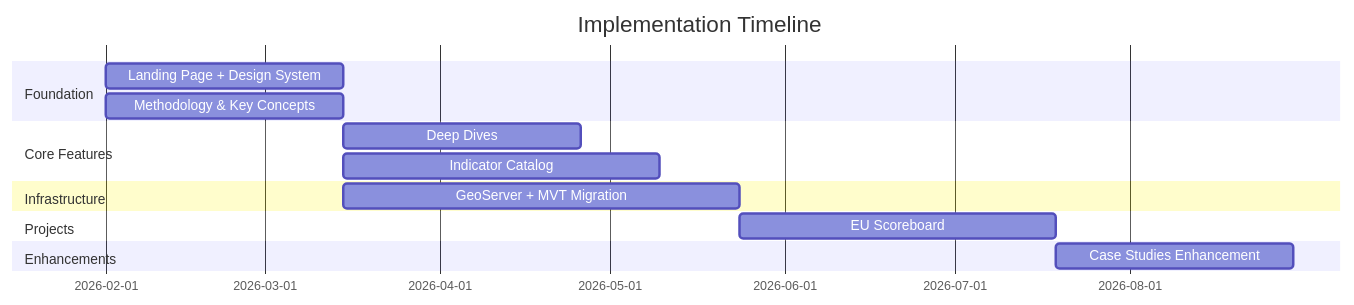
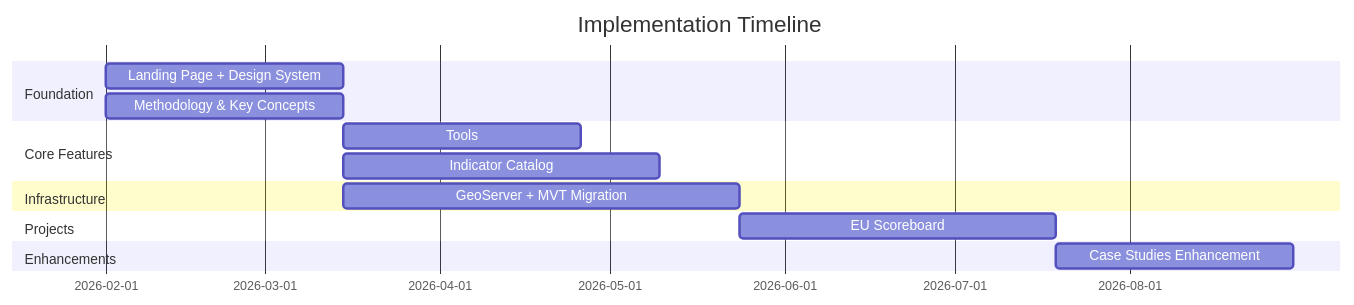
Before and after one commit to upbeat-works/provide: the second of 5 diagrams in plan/TECHNICAL_IMPLEMENTATION_PLAN.md, drawn with Mermaid. The commit also changed other lines of this file, not shown here.

Commit message:
fix: rename deep dives

````diff
--- a/plan/TECHNICAL_IMPLEMENTATION_PLAN.md
+++ b/plan/TECHNICAL_IMPLEMENTATION_PLAN.md
@@ -75,22 +75,22 @@
 ```mermaid
 gantt
     title Implementation Timeline
     dateFormat YYYY-MM-DD
 
     section Foundation
     Landing Page + Design System           :d1, 2026-02-01, 6w
     Methodology & Key Concepts             :d2, 2026-02-01, 6w
 
     section Core Features
-    Deep Dives                             :d3, after d1, 6w
+    Tools                             :d3, after d1, 6w
     Indicator Catalog                      :d4, after d1, 8w
 
     section Infrastructure
     GeoServer + MVT Migration              :d5, after d1, 10w
 
     section Projects
     EU Scoreboard                          :d6, after d3 d4 d5, 8w
 
     section Enhancements
     Case Studies Enhancement               :d7, after d6, 6w
 ```
````
